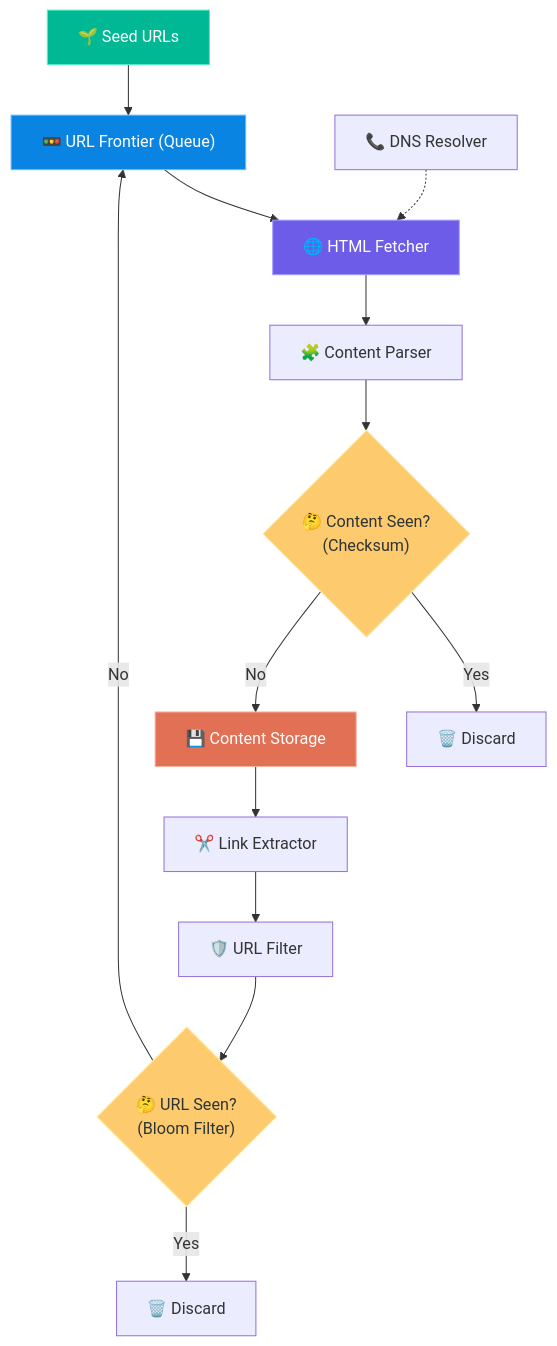
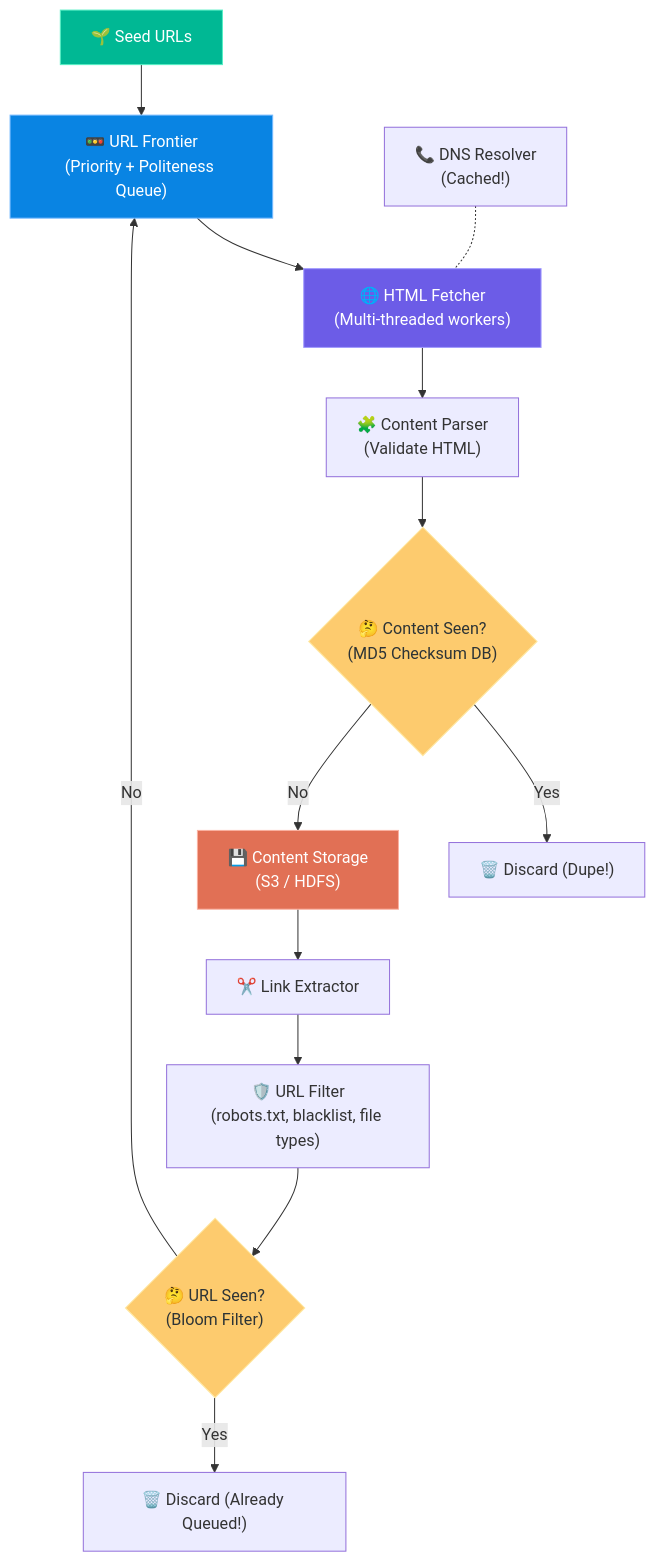
Before and after one commit to Gbirla06/systemDesign: the first of 2 diagrams in HLD/chapter_9/design_a_web_crawler.md, drawn with Mermaid. The commit also changed other lines of this file and 6 other files, not shown here.

````diff
--- a/HLD/chapter_9/design_a_web_crawler.md
+++ b/HLD/chapter_9/design_a_web_crawler.md
@@ -76,24 +109,24 @@
 ```mermaid
 graph TD
-    A["🌱 Seed URLs"] --> B["🚥 URL Frontier (Queue)"]
-    B --> C["🌐 HTML Fetcher"]
-    DNS["📞 DNS Resolver"] -.-> C
-    C --> D["🧩 Content Parser"]
-    D --> E{"🤔 Content Seen?\n(Checksum)"}
+    A["🌱 Seed URLs"] --> B["🚥 URL Frontier\n(Priority + Politeness Queue)"]
+    B --> C["🌐 HTML Fetcher\n(Multi-threaded workers)"]
+    DNS["📞 DNS Resolver\n(Cached!)"] -.- C
+    C --> D["🧩 Content Parser\n(Validate HTML)"]
+    D --> E{"🤔 Content Seen?\n(MD5 Checksum DB)"}
     
-    E -- Yes --> Dump1["🗑️ Discard"]
-    E -- No --> F["💾 Content Storage"]
+    E -- Yes --> Dump1["🗑️ Discard (Dupe!)"]
+    E -- No --> F["💾 Content Storage\n(S3 / HDFS)"]
     F --> G["✂️ Link Extractor"]
-    G --> H["🛡️ URL Filter"]
+    G --> H["🛡️ URL Filter\n(robots.txt, blacklist, file types)"]
     H --> I{"🤔 URL Seen?\n(Bloom Filter)"}
     
-    I -- Yes --> Dump2["🗑️ Discard"]
+    I -- Yes --> Dump2["🗑️ Discard (Already Queued!)"]
     I -- No --> B
     
     style A fill:#00b894,stroke:#55efc4,color:#fff
     style B fill:#0984e3,stroke:#74b9ff,color:#fff
     style C fill:#6c5ce7,stroke:#a29bfe,color:#fff
     style F fill:#e17055,stroke:#fab1a0,color:#fff
     style E fill:#fdcb6e,stroke:#ffeaa7,color:#2d3436
     style I fill:#fdcb6e,stroke:#ffeaa7,color:#2d3436
 ```
````
